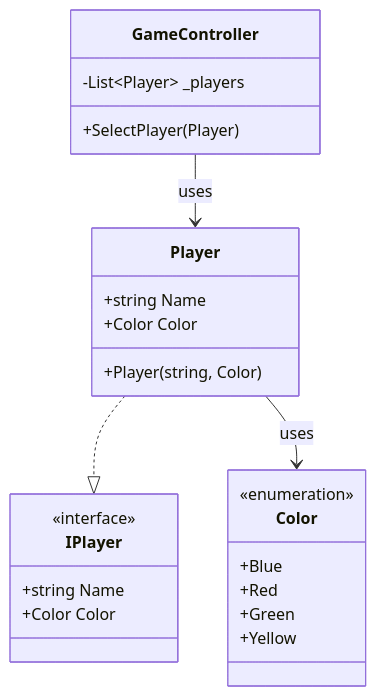
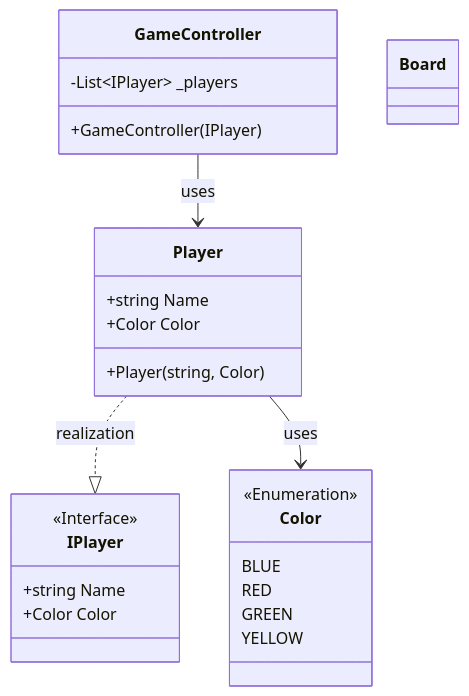
One commit to Masdikaa/Masdika-Bootcamp-SE-Formulatrix changed the diagram in Ludo/ClassDiagram.mmd. Above: the diagram before and after it, drawn with Mermaid. The commit also changed 10 other files, not shown here.

```diff
--- a/Ludo/ClassDiagram.mmd
+++ b/Ludo/ClassDiagram.mmd
@@ -1,31 +1,35 @@
 classDiagram
-    
+
     class GameController {
-        -List~Player~ _players
-        +SelectPlayer(Player)
+        -List~IPlayer~ _players
+        +GameController(IPlayer)
     }
 
     class IPlayer {
-        <<interface>>
+        <<Interface>>
         +string Name
         +Color Color
     }
 
     class Player {
         +string Name
         +Color Color
         +Player(string, Color)
     }
 
     class Color {
-        <<enumeration>>
-        +Blue
-        +Red
-        +Green
-        +Yellow
+        <<Enumeration>>
+        BLUE
+        RED
+        GREEN
+        YELLOW
+    }
+
+    class Board {
+
     }
 
     %% PlayerSection
     GameController --> Player : uses
-    Player ..|> IPlayer
+    Player ..|> IPlayer : realization
     Player --> Color : uses
```
